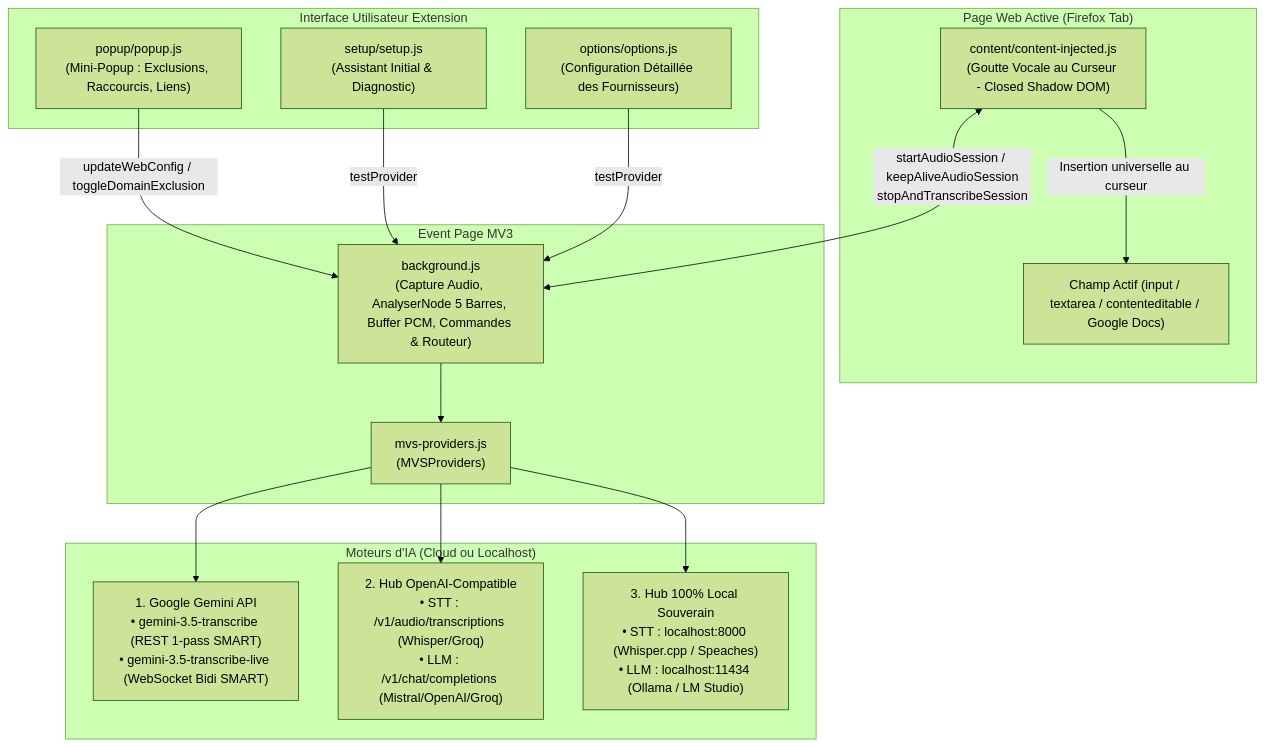
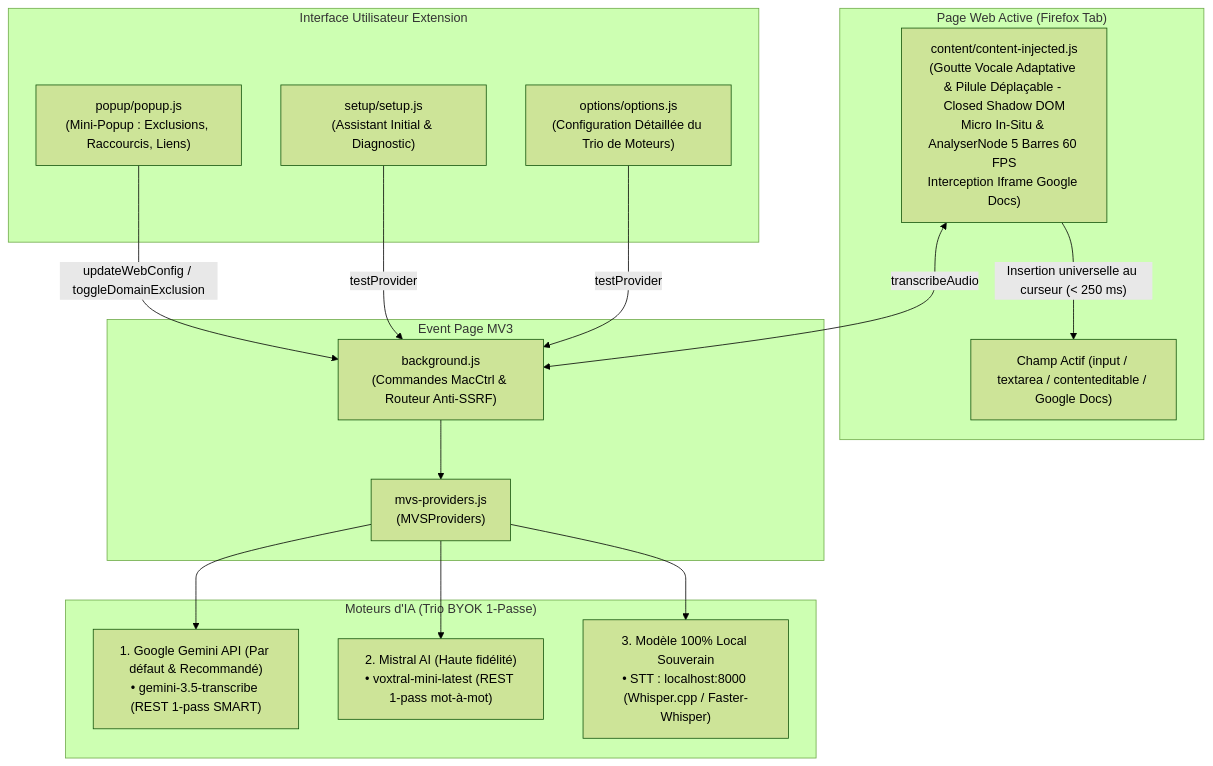
The diagram in ARCHITECTURE.md (mtfkarukera/magic-voice-scriber-firefox), drawn with Mermaid (forest theme) before and after one commit. The commit also changed other lines of this file and 24 other files, not shown here.

````diff
--- a/ARCHITECTURE.md
+++ b/ARCHITECTURE.md
@@ -16,34 +19,34 @@
 ```mermaid
 flowchart TD
     subgraph WebPage["Page Web Active (Firefox Tab)"]
         InputField["Champ Actif (input / textarea / contenteditable / Google Docs)"]
-        Widget["content/content-injected.js\n(Goutte Vocale au Curseur - Closed Shadow DOM)"]
+        Widget["content/content-injected.js\n(Goutte Vocale Adaptative & Pilule Déplaçable - Closed Shadow DOM\nMicro In-Situ & AnalyserNode 5 Barres 60 FPS\nInterception Iframe Google Docs)"]
     end
 
     subgraph BrowserUI["Interface Utilisateur Extension"]
         Popup["popup/popup.js\n(Mini-Popup : Exclusions, Raccourcis, Liens)"]
         Setup["setup/setup.js\n(Assistant Initial & Diagnostic)"]
-        Options["options/options.js\n(Configuration Détaillée des Fournisseurs)"]
+        Options["options/options.js\n(Configuration Détaillée du Trio de Moteurs)"]
     end
 
     subgraph BackgroundContext["Event Page MV3"]
-        BG["background.js\n(Capture Audio, AnalyserNode 5 Barres, Buffer PCM, Commandes & Routeur)"]
+        BG["background.js\n(Commandes MacCtrl & Routeur Anti-SSRF)"]
         Providers["mvs-providers.js\n(MVSProviders)"]
     end
 
-    subgraph AIProviders["Moteurs d'IA (Cloud ou Localhost)"]
-        Gemini["1. Google Gemini API\n• gemini-3.5-transcribe (REST 1-pass SMART)\n• gemini-3.5-transcribe-live (WebSocket Bidi SMART)"]
-        OpenAI["2. Hub OpenAI-Compatible\n• STT : /v1/audio/transcriptions (Whisper/Groq)\n• LLM : /v1/chat/completions (Mistral/OpenAI/Groq)"]
-        Local["3. Hub 100% Local Souverain\n• STT : localhost:8000 (Whisper.cpp / Speaches)\n• LLM : localhost:11434 (Ollama / LM Studio)"]
+    subgraph AIProviders["Moteurs d'IA (Trio BYOK 1-Passe)"]
+        Gemini["1. Google Gemini API (Par défaut & Recommandé)\n• gemini-3.5-transcribe (REST 1-pass SMART)"]
+        Mistral["2. Mistral AI (Haute fidélité)\n• voxtral-mini-latest (REST 1-pass mot-à-mot)"]
+        Local["3. Modèle 100% Local Souverain\n• STT : localhost:8000 (Whisper.cpp / Faster-Whisper)"]
     end
 
-    Widget <-->|"startAudioSession / keepAliveAudioSession\nstopAndTranscribeSession"| BG
+    Widget <-->|"transcribeAudio"| BG
     Popup -->|"updateWebConfig / toggleDomainExclusion"| BG
     Setup -->|"testProvider"| BG
     Options -->|"testProvider"| BG
     BG --> Providers
     Providers --> Gemini
-    Providers --> OpenAI
+    Providers --> Mistral
     Providers --> Local
-    Widget -->|"Insertion universelle au curseur"| InputField
+    Widget -->|"Insertion universelle au curseur (< 250 ms)"| InputField
 ```
````
